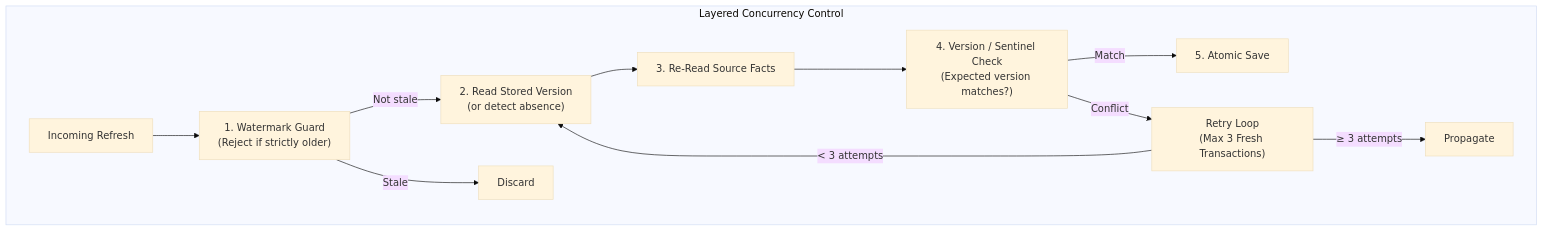
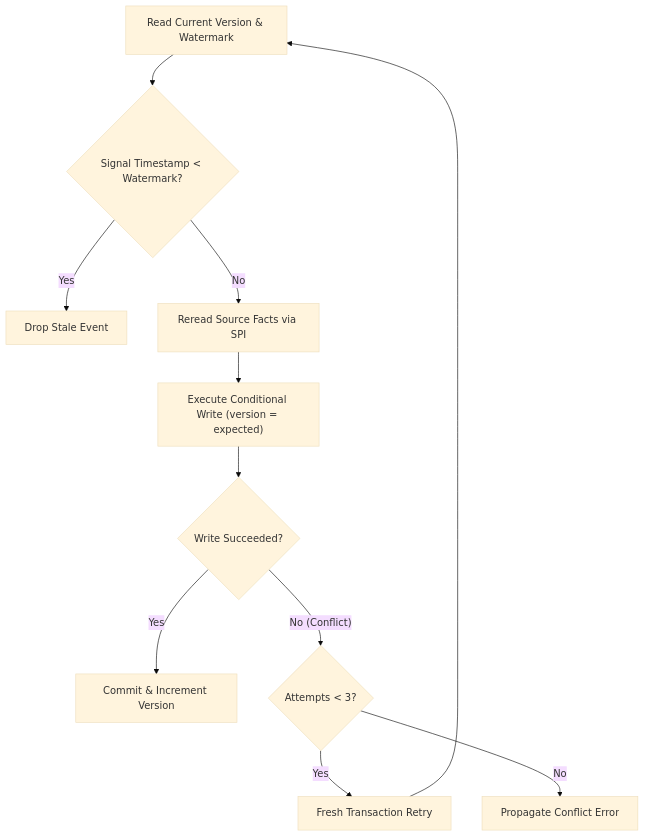
Before and after one commit to khinemyaezin/grab: the first of 4 diagrams in docs/spec/system/discovery-concurrency-control-tech-spec.md, drawn with Mermaid (base theme). The commit also changed other lines of this file and 22 other files, not shown here.

````diff
--- a/docs/spec/system/discovery-concurrency-control-tech-spec.md
+++ b/docs/spec/system/discovery-concurrency-control-tech-spec.md
@@ -51,22 +38,13 @@
 ```mermaid
 flowchart TD
-    subgraph CorePattern ["Layered Concurrency Control"]
-        Event["Incoming Refresh"]
-        WM["1. Watermark Guard\n(Reject if strictly older)"]
-        Read["2. Read Stored Version\n(or detect absence)"]
-        Source["3. Re-Read Source Facts"]
-        Version["4. Version / Sentinel Check\n(Expected version matches?)"]
-        Write["5. Atomic Save"]
-        Retry["Retry Loop\n(Max 3 Fresh Transactions)"]
-
-        Event --> WM
-        WM -->|"Not stale"| Read
-        WM -->|"Stale"| Discard["Discard"]
-        Read --> Source
-        Source --> Version
-        Version -->|"Match"| Write
-        Version -->|"Conflict"| Retry
-        Retry -->|"< 3 attempts"| Read
-        Retry -->|"≥ 3 attempts"| Propagate["Propagate"]
-    end
+    Read["Read Current Version & Watermark"] --> CheckWatermark{"Signal Timestamp < Watermark?"}
+    CheckWatermark -->|Yes| Skip["Drop Stale Event"]
+    CheckWatermark -->|No| Reread["Reread Source Facts via SPI"]
+    Reread --> Save["Execute Conditional Write (version = expected)"]
+    Save --> Success{"Write Succeeded?"}
+    Success -->|Yes| Commit["Commit & Increment Version"]
+    Success -->|"No (Conflict)"| Retry{"Attempts < 3?"}
+    Retry -->|Yes| Fresh["Fresh Transaction Retry"]
+    Fresh --> Read
+    Retry -->|No| Fail["Propagate Conflict Error"]
 ```
````
